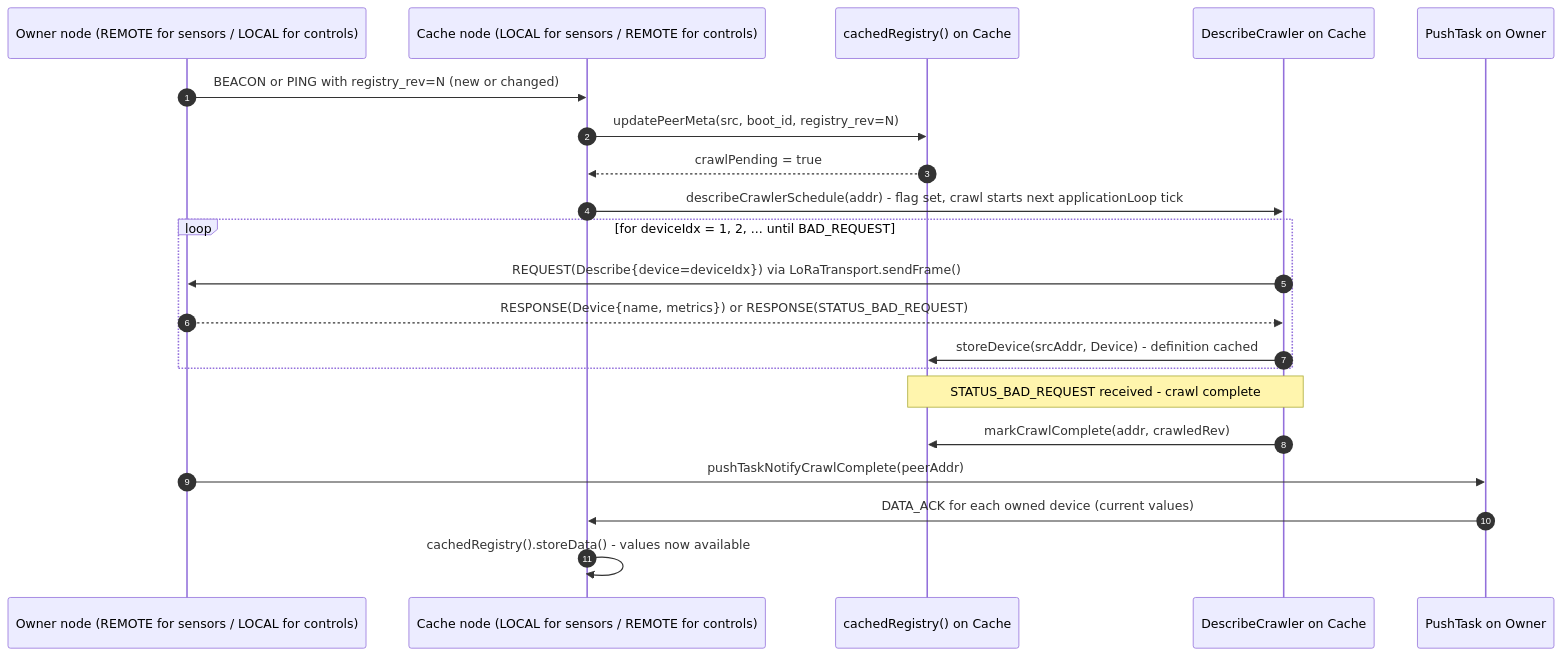
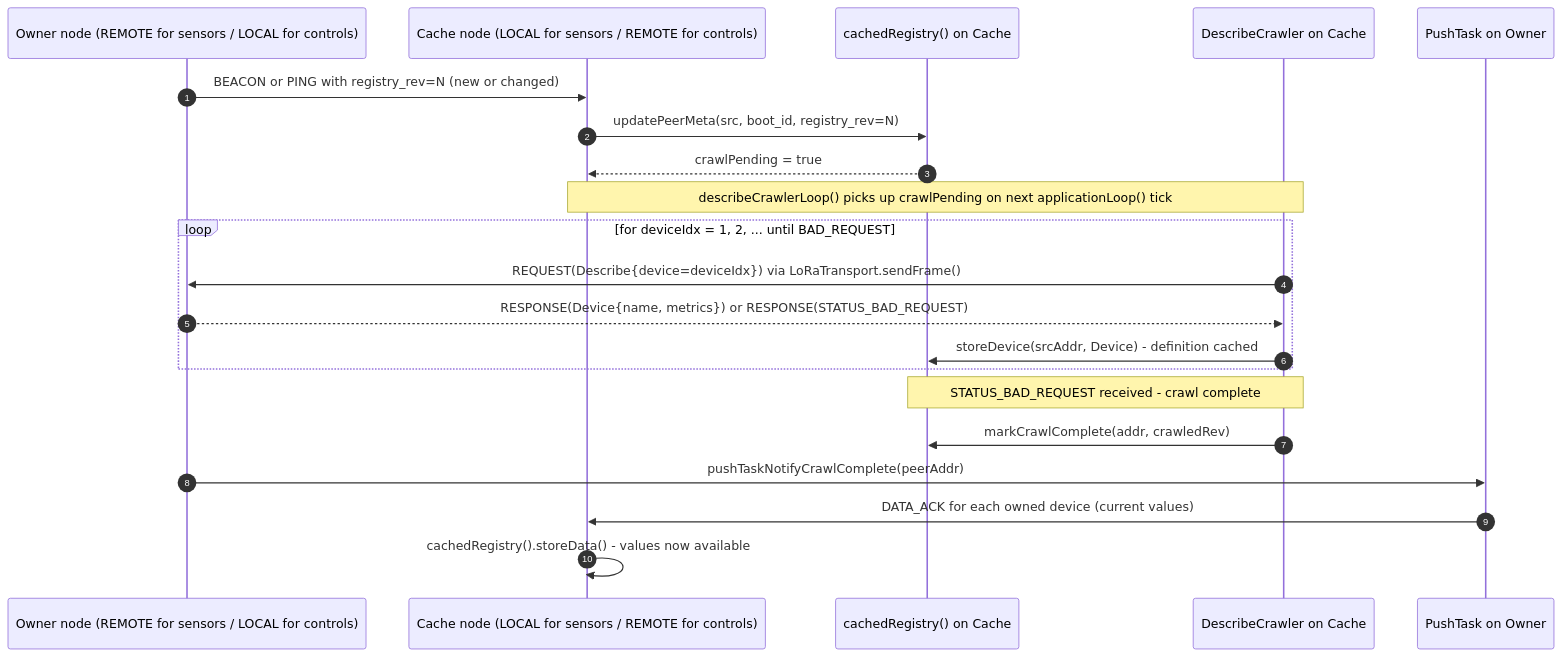
The fifth of 5 diagrams in doc/Architecture.md (Warpguru/LoRaIoT), drawn with Mermaid before and after one commit. The commit also changed other lines of this file and 13 other files, not shown here.

Commit message:
Improve describe crawl (logic and dashboard)

````diff
--- a/doc/Architecture.md
+++ b/doc/Architecture.md
@@ -780,27 +783,27 @@
 ```mermaid
 sequenceDiagram
     autonumber
     participant Own as Owner node (REMOTE for sensors / LOCAL for controls)
     participant Cache as Cache node (LOCAL for sensors / REMOTE for controls)
     participant Reg as cachedRegistry() on Cache
     participant DC as DescribeCrawler on Cache
     participant PT as PushTask on Owner
 
     Own->>Cache: BEACON or PING with registry_rev=N (new or changed)
     Cache->>Reg: updatePeerMeta(src, boot_id, registry_rev=N)
     Reg-->>Cache: crawlPending = true
-    Cache->>DC: describeCrawlerSchedule(addr) - flag set, crawl starts next applicationLoop tick
+    Note over Cache,DC: describeCrawlerLoop() picks up crawlPending on next applicationLoop() tick
 
     loop for deviceIdx = 1, 2, ... until BAD_REQUEST
         DC->>Own: REQUEST(Describe{device=deviceIdx}) via LoRaTransport.sendFrame()
         Own-->>DC: RESPONSE(Device{name, metrics}) or RESPONSE(STATUS_BAD_REQUEST)
         DC->>Reg: storeDevice(srcAddr, Device) - definition cached
     end
 
     Note over DC,Reg: STATUS_BAD_REQUEST received - crawl complete
     DC->>Reg: markCrawlComplete(addr, crawledRev)
 
     Own->>PT: pushTaskNotifyCrawlComplete(peerAddr)
     PT->>Cache: DATA_ACK for each owned device (current values)
     Cache->>Cache: cachedRegistry().storeData() - values now available
 ```
````
